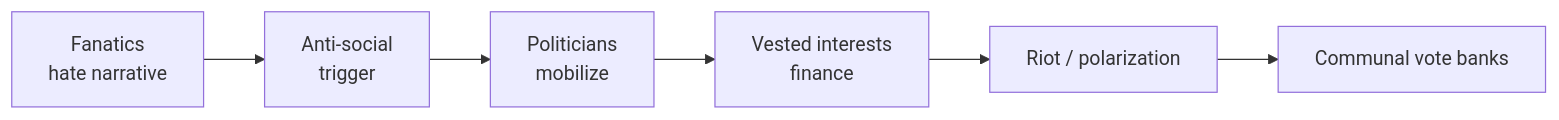
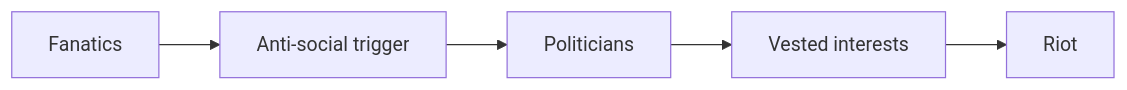
Before and after one commit to nitishpratap/UP-PCS: the diagram in mains-pyqs/GS-1/09_Social_Issues/02_Secularism_Communalism.md, drawn with Mermaid. The commit also changed other lines of this file and 97 other files, not shown here.

````diff
--- a/mains-pyqs/GS-1/09_Social_Issues/02_Secularism_Communalism.md
+++ b/mains-pyqs/GS-1/09_Social_Issues/02_Secularism_Communalism.md
@@ -113,8 +87,7 @@
 ```mermaid
 flowchart LR
-  F[Fanatics<br/>hate narrative] --> A[Anti-social<br/>trigger]
-  A --> P[Politicians<br/>mobilize]
-  P --> V[Vested interests<br/>finance]
-  V --> R[Riot / polarization]
-  R --> C[Communal vote banks]
+  F[Fanatics] --> A[Anti-social trigger]
+  A --> P[Politicians]
+  P --> V[Vested interests]
+  V --> R[Riot]
 ```
````
